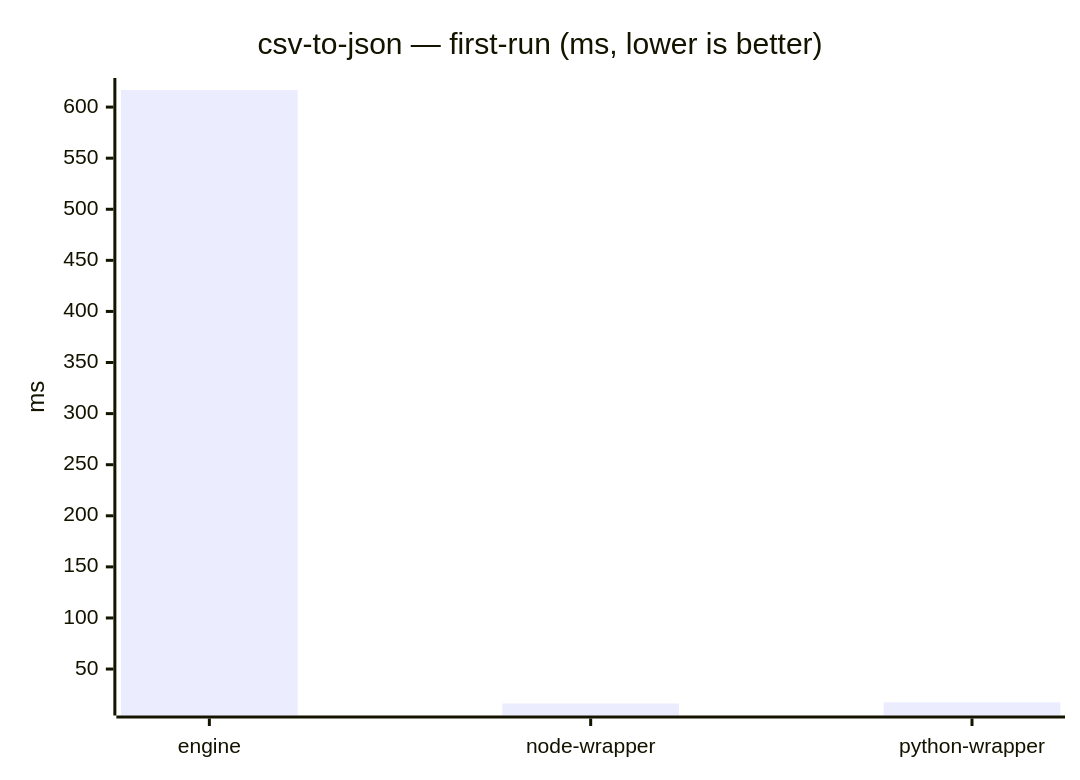
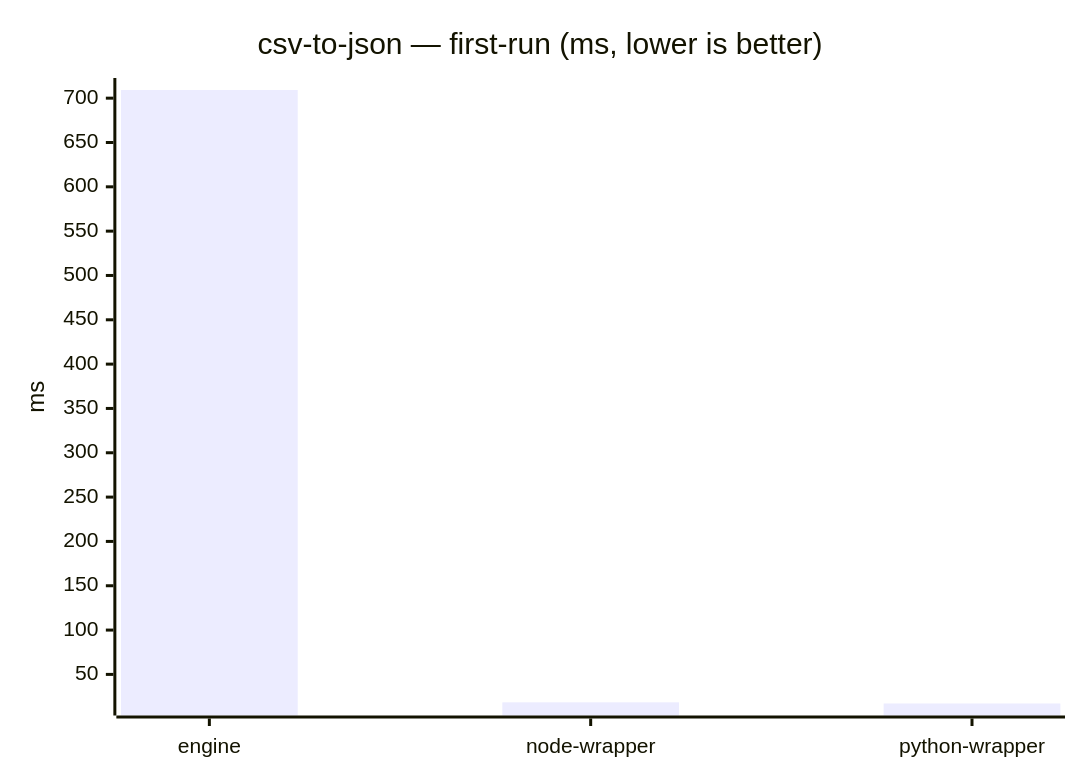
One commit to mulesoft/data-weave-cli changed diagram 16 of 23 in benchmarks/report/RESULTS.md. Above: the diagram before and after it, drawn with Mermaid. The commit also changed other lines of this file, not shown here.

````diff
--- a/benchmarks/report/RESULTS.md
+++ b/benchmarks/report/RESULTS.md
@@ -180,7 +178,7 @@
 ```mermaid
 xychart-beta
     title "csv-to-json — first-run (ms, lower is better)"
     x-axis ["engine", "node-wrapper", "python-wrapper"]
     y-axis "ms"
-    bar [616.727, 16.284, 17.503]
+    bar [709.208, 18.483, 17.174]
 ```
````
